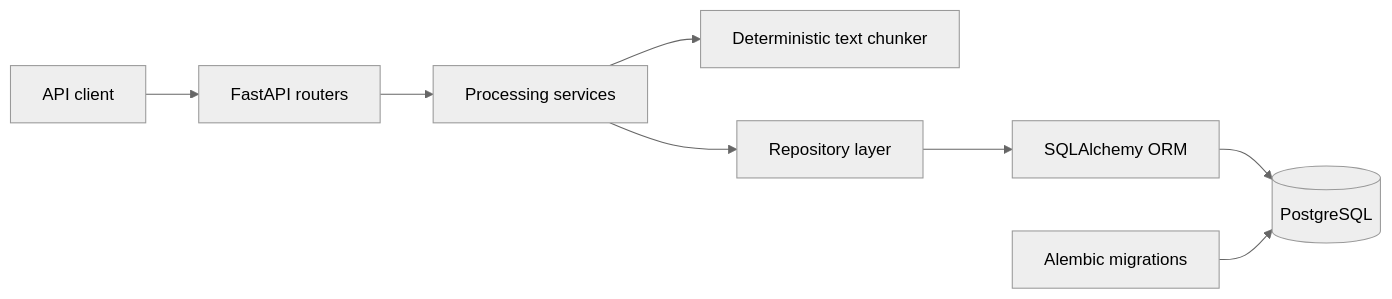
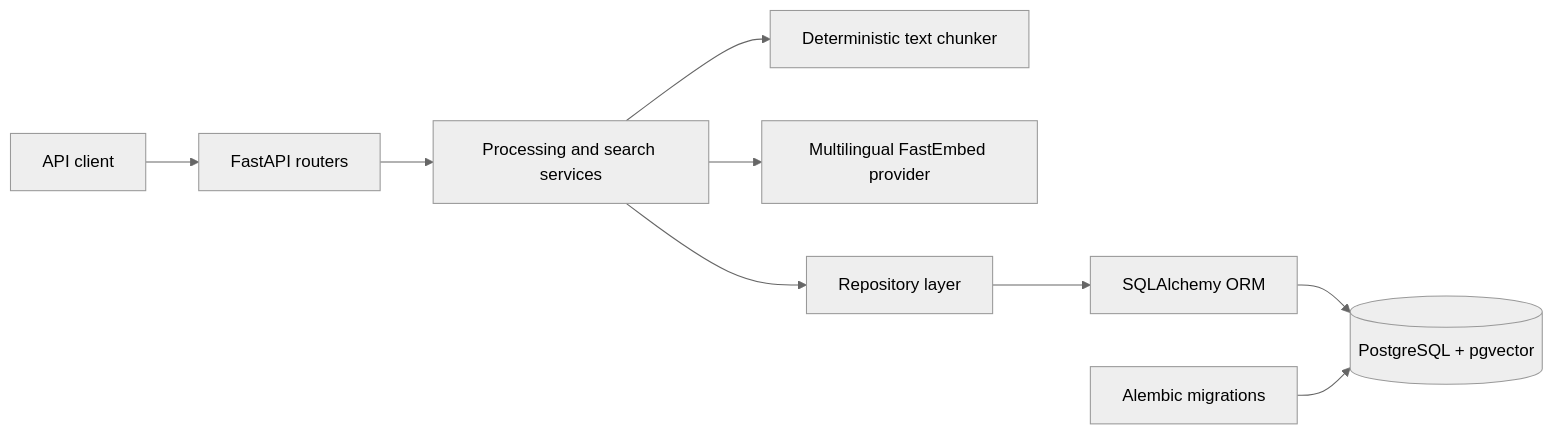
One commit to fafnirkyu/knowledgeops-api changed the first of 2 diagrams in README.md. Above: the diagram before and after it, drawn with Mermaid (neutral theme). The commit also changed other lines of this file, not shown here.

Commit message:
Document semantic search capabilities

````diff
--- a/README.md
+++ b/README.md
@@ -28,10 +32,11 @@
 ```mermaid
 flowchart LR
     Client[API client] --> FastAPI[FastAPI routers]
-    FastAPI --> Services[Processing services]
+    FastAPI --> Services[Processing and search services]
     Services --> Chunker[Deterministic text chunker]
+    Services --> Embeddings[Multilingual FastEmbed provider]
     Services --> Repositories[Repository layer]
     Repositories --> ORM[SQLAlchemy ORM]
-    ORM --> PostgreSQL[(PostgreSQL)]
+    ORM --> PostgreSQL[(PostgreSQL + pgvector)]
     Alembic[Alembic migrations] --> PostgreSQL
 ```
````
